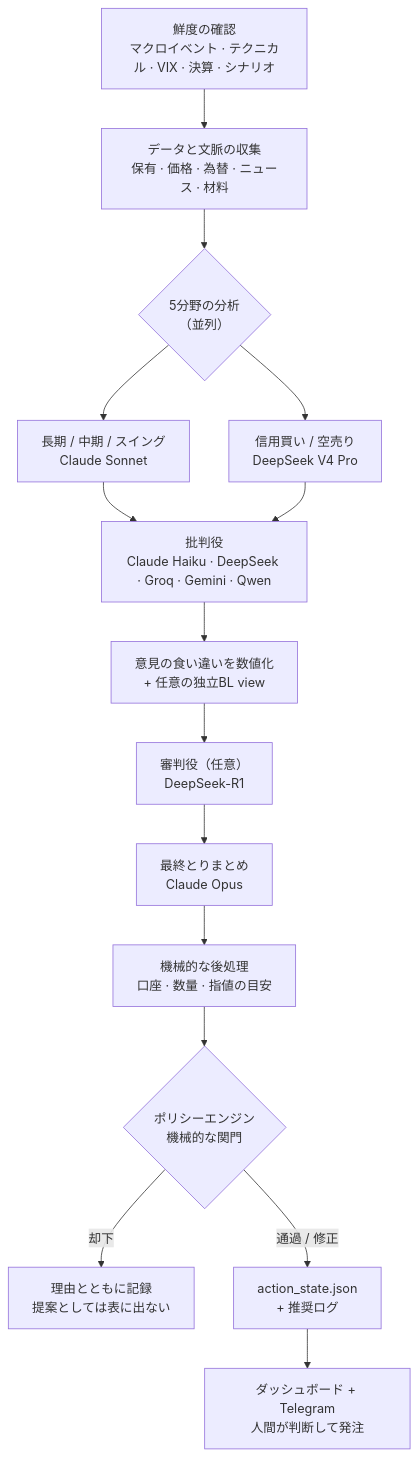
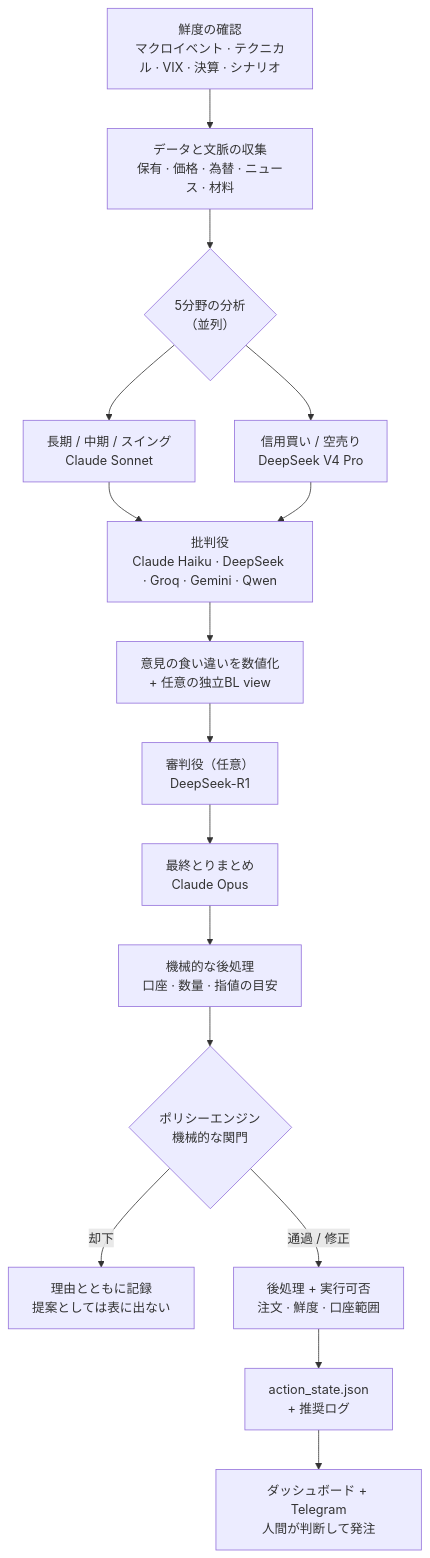
Before and after one commit to quant-almanac/almanac: the diagram in README.ja.md, drawn with Mermaid. The commit also changed other lines of this file and 3 other files, not shown here.

````diff
--- a/README.ja.md
+++ b/README.ja.md
@@ -54,17 +54,18 @@
 ```mermaid
 flowchart TD
     A["鮮度の確認<br/>マクロイベント · テクニカル · VIX · 決算 · シナリオ"] --> B["データと文脈の収集<br/>保有 · 価格 · 為替 · ニュース · 材料"]
     B --> C{"5分野の分析<br/>（並列）"}
     C --> C1["長期 / 中期 / スイング<br/>Claude Sonnet"]
     C --> C2["信用買い / 空売り<br/>DeepSeek V4 Pro"]
     C1 --> D["批判役<br/>Claude Haiku · DeepSeek · Groq · Gemini · Qwen"]
     C2 --> D
     D --> E["意見の食い違いを数値化<br/>+ 任意の独立BL view"]
     E --> F["審判役（任意）<br/>DeepSeek-R1"]
     F --> G["最終とりまとめ<br/>Claude Opus"]
     G --> H["機械的な後処理<br/>口座 · 数量 · 指値の目安"]
     H --> I{"ポリシーエンジン<br/>機械的な関門"}
     I -->|却下| J["理由とともに記録<br/>提案としては表に出ない"]
-    I -->|通過 / 修正| K["action_state.json<br/>+ 推奨ログ"]
+    I -->|通過 / 修正| M["後処理 + 実行可否<br/>注文 · 鮮度 · 口座範囲"]
+    M --> K["action_state.json<br/>+ 推奨ログ"]
     K --> L["ダッシュボード + Telegram<br/>人間が判断して発注"]
 ```
````
